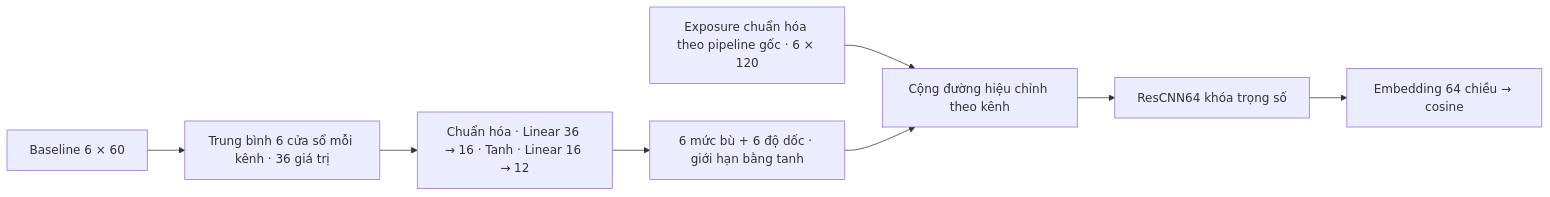
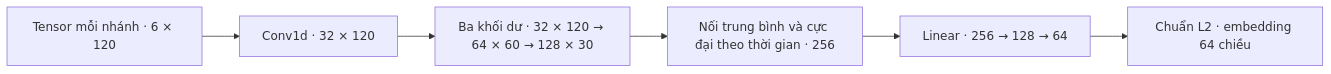
Before and after one commit to Phucluu2809/PBL6: the second of 2 diagrams in BAO_CAO_AI_ROBONOSE.md, drawn with Mermaid. The commit also changed other lines of this file, not shown here.

````diff
--- a/BAO_CAO_AI_ROBONOSE.md
+++ b/BAO_CAO_AI_ROBONOSE.md
@@ -157,10 +171,8 @@
 ```mermaid
 flowchart LR
-    A["Baseline 6 × 60"] --> B["Trung bình 6 cửa sổ mỗi kênh · 36 giá trị"]
-    B --> C["Chuẩn hóa · Linear 36 → 16 · Tanh · Linear 16 → 12"]
-    C --> D["6 mức bù + 6 độ dốc · giới hạn bằng tanh"]
-    E["Exposure chuẩn hóa theo pipeline gốc · 6 × 120"] --> F["Cộng đường hiệu chỉnh theo kênh"]
-    D --> F
-    F --> G["ResCNN64 khóa trọng số"]
-    G --> H["Embedding 64 chiều → cosine"]
+    INPUT["Tensor mỗi nhánh · 6 × 120"] --> STEM["Conv1d · 32 × 120"]
+    STEM --> RES["Ba khối dư · 32 × 120 → 64 × 60 → 128 × 30"]
+    RES --> POOL["Nối trung bình và cực đại theo thời gian · 256"]
+    POOL --> HEAD["Linear · 256 → 128 → 64"]
+    HEAD --> NORM["Chuẩn L2 · embedding 64 chiều"]
 ```
````
